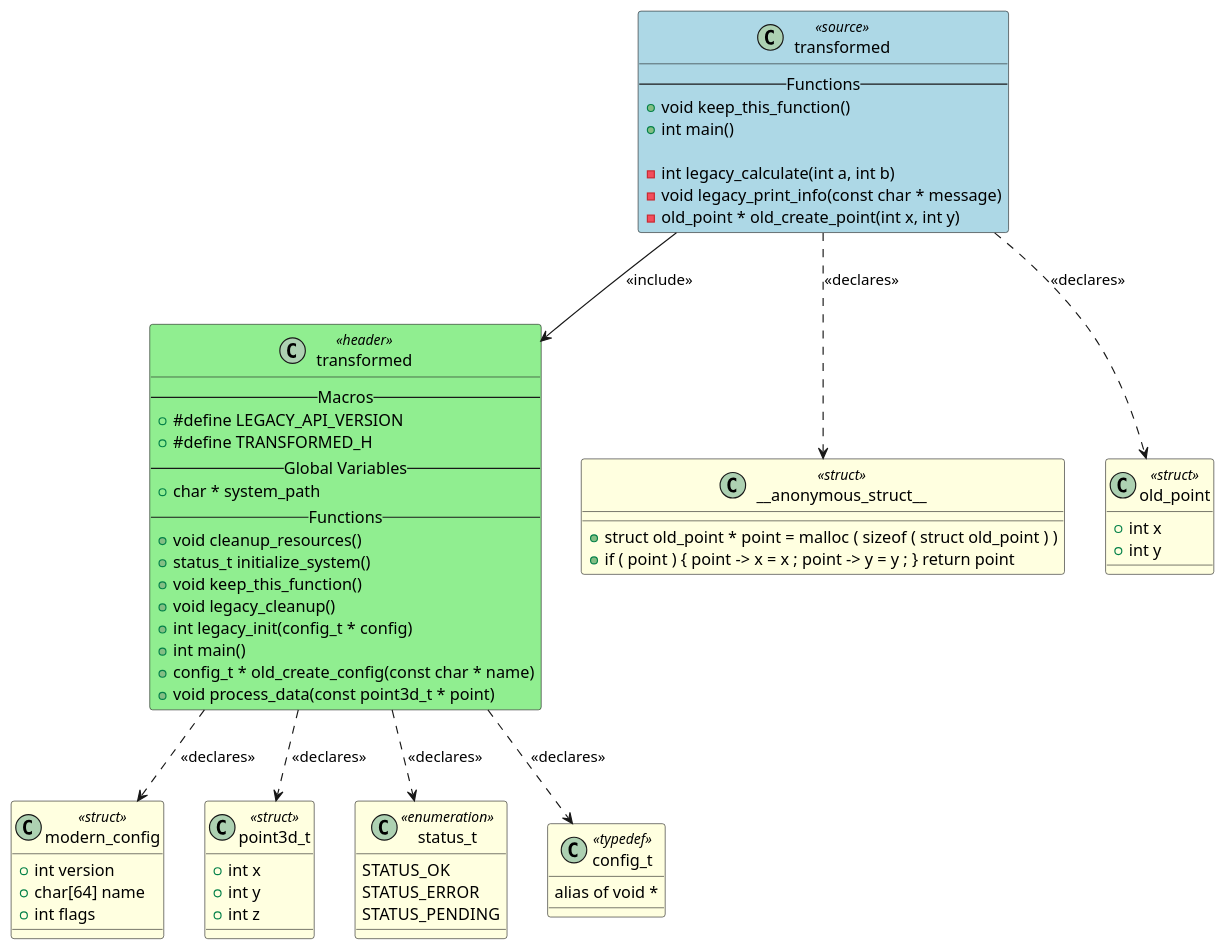
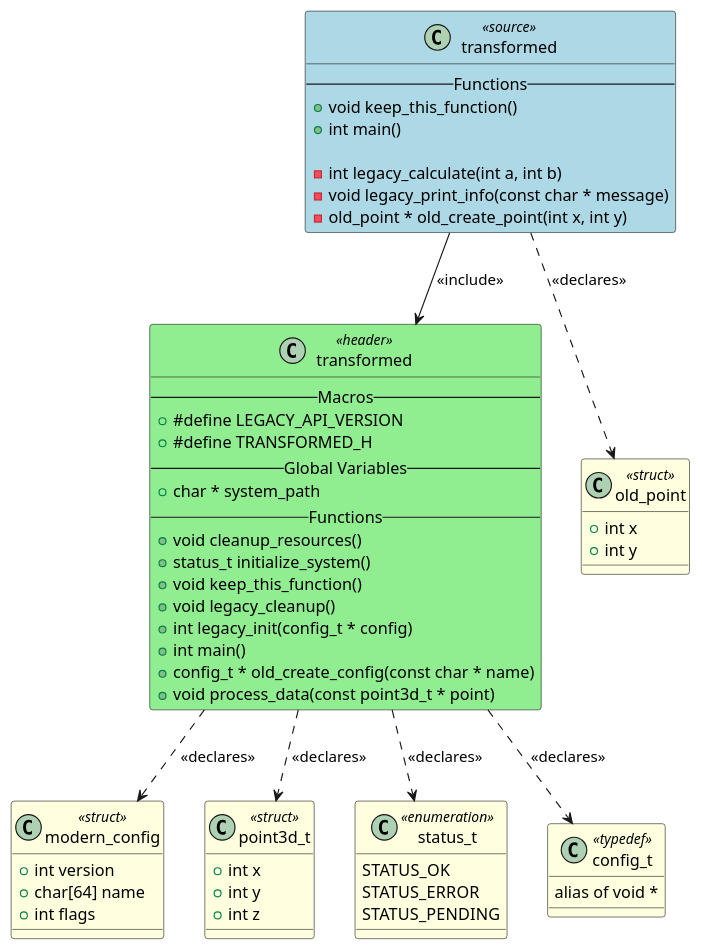
Before and after one commit to fischerjooo/c2puml: the diagram in artifacts/output_example/transformed.puml, drawn with PlantUML. The commit also changed 23 other files, not shown here.

```diff
--- a/artifacts/output_example/transformed.puml
+++ b/artifacts/output_example/transformed.puml
@@ -1,84 +1,77 @@
 @startuml transformed
 
 class "transformed" as TRANSFORMED <<source>> #LightBlue
 {
     -- Functions --
     + void keep_this_function()
     + int main()
 
     - int legacy_calculate(int a, int b)
     - void legacy_print_info(const char * message)
     - old_point * old_create_point(int x, int y)
 }
 
 class "transformed" as HEADER_TRANSFORMED <<header>> #LightGreen
 {
     -- Macros --
     + #define LEGACY_API_VERSION
     + #define TRANSFORMED_H
     -- Global Variables --
     + char * system_path
     -- Functions --
     + void cleanup_resources()
     + status_t initialize_system()
     + void keep_this_function()
     + void legacy_cleanup()
     + int legacy_init(config_t * config)
     + int main()
     + config_t * old_create_config(const char * name)
     + void process_data(const point3d_t * point)
-}
-
-class "__anonymous_struct__" as TYPEDEF___ANONYMOUS_STRUCT__ <<struct>> #LightYellow
-{
-    + struct old_point * point = malloc ( sizeof ( struct old_point ) )
-    + if ( point ) { point -> x = x ; point -> y = y ; } return point
 }
 
 class "old_point" as TYPEDEF_OLD_POINT <<struct>> #LightYellow
 {
     + int x
     + int y
 }
 
 class "modern_config" as TYPEDEF_MODERN_CONFIG <<struct>> #LightYellow
 {
     + int version
     + char[64] name
     + int flags
 }
 
 class "point3d_t" as TYPEDEF_POINT3D_T <<struct>> #LightYellow
 {
     + int x
     + int y
     + int z
 }
 
 class "status_t" as TYPEDEF_STATUS_T <<enumeration>> #LightYellow
 {
     STATUS_OK
     STATUS_ERROR
     STATUS_PENDING
 }
 
 class "config_t" as TYPEDEF_CONFIG_T <<typedef>> #LightYellow
 {
     alias of void *
 }
 
 
 ' Include relationships
 TRANSFORMED --> HEADER_TRANSFORMED : <<include>>
 
 ' Declaration relationships
-TRANSFORMED ..> TYPEDEF___ANONYMOUS_STRUCT__ : <<declares>>
 TRANSFORMED ..> TYPEDEF_OLD_POINT : <<declares>>
 HEADER_TRANSFORMED ..> TYPEDEF_MODERN_CONFIG : <<declares>>
 HEADER_TRANSFORMED ..> TYPEDEF_POINT3D_T : <<declares>>
 HEADER_TRANSFORMED ..> TYPEDEF_STATUS_T : <<declares>>
 HEADER_TRANSFORMED ..> TYPEDEF_CONFIG_T : <<declares>>
 
 ' Uses relationships
 
 @enduml
```
